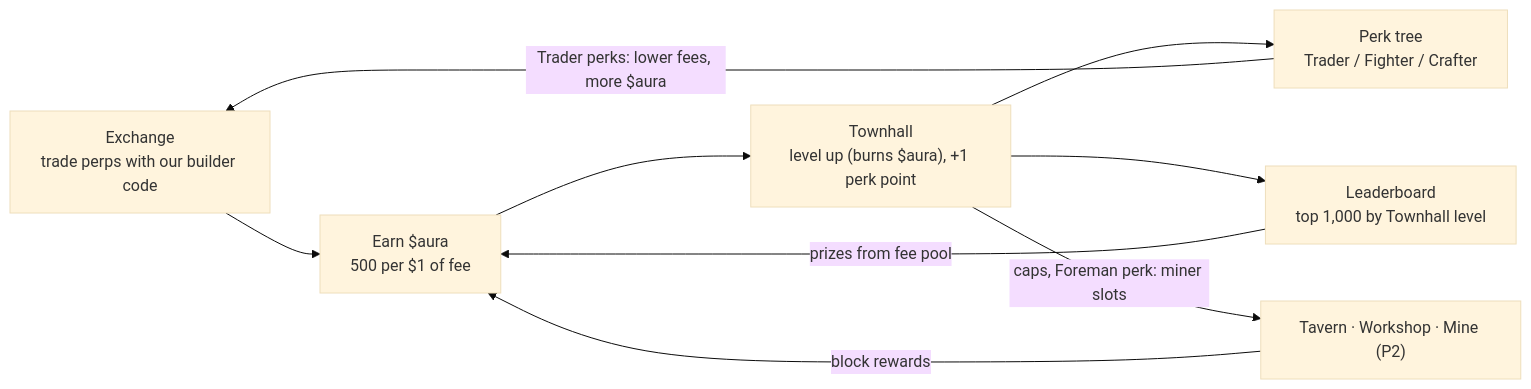
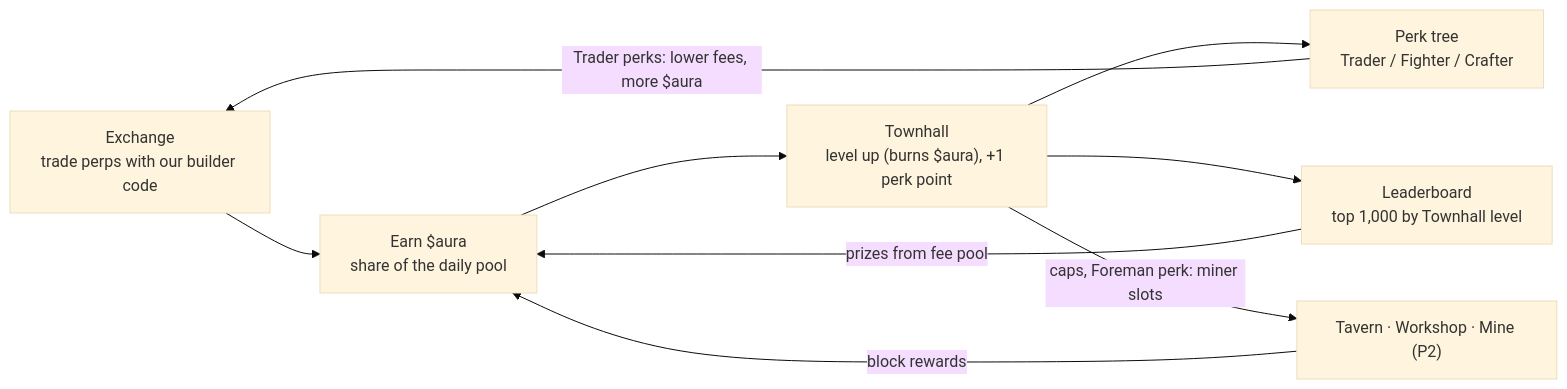
Before and after one commit to atonyp89/hyperempire: the first of 2 diagrams in docs/economy/game-design.md, drawn with Mermaid (base theme). The commit also changed other lines of this file and 41 other files, not shown here.

First line of the commit message:
Pay Exchange $aura from a fixed daily pool, counting only our builder's fees

````diff
--- a/docs/economy/game-design.md
+++ b/docs/economy/game-design.md
@@ -67,11 +67,11 @@
 ```mermaid
 flowchart LR
-  X["Exchange<br/>trade perps with our builder code"] --> E["Earn $aura<br/>500 per $1 of fee"]
+  X["Exchange<br/>trade perps with our builder code"] --> E["Earn $aura<br/>share of the daily pool"]
   E --> T["Townhall<br/>level up (burns $aura), +1 perk point"]
   T --> P["Perk tree<br/>Trader / Fighter / Crafter"]
   P -- "Trader perks: lower fees, more $aura" --> X
   T --> B["Leaderboard<br/>top 1,000 by Townhall level"]
   B -- "prizes from fee pool" --> E
   T -- "caps, Foreman perk: miner slots" --> V["Tavern · Workshop · Mine (P2)"]
   V -- "block rewards" --> E
 ```
````
